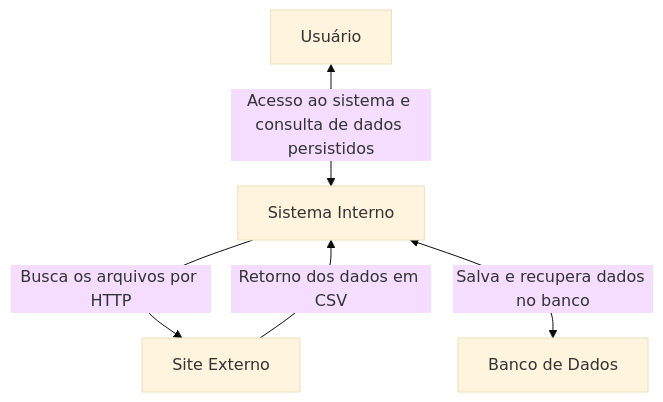
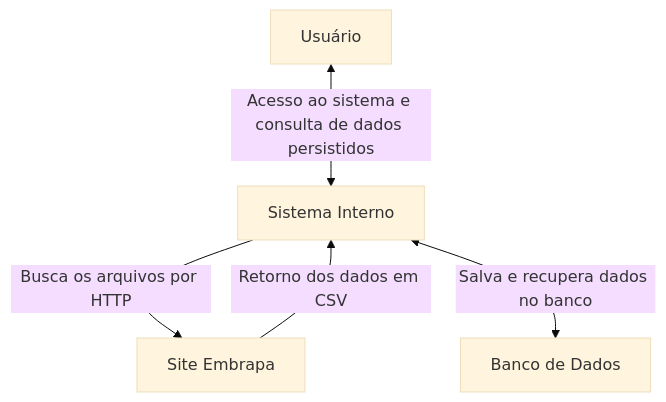
Before and after one commit to tcpostech/tc_embrapa: the first of 2 diagrams in docs/index.md, drawn with Mermaid (base theme). The commit also changed other lines of this file and 3 other files, not shown here.

````diff
--- a/docs/index.md
+++ b/docs/index.md
@@ -82,7 +82,7 @@
 ```mermaid
 flowchart TD
     A["Usuário"] <-- Acesso ao sistema e consulta de dados persistidos --> B["Sistema Interno"]
-    B -- Busca os arquivos por HTTP --> C["Site Externo"]
+    B -- Busca os arquivos por HTTP --> C["Site Embrapa"]
     C -- Retorno dos dados em CSV --> B
     B <-- Salva e recupera dados no banco --> D["Banco de Dados"]
 ```
````
